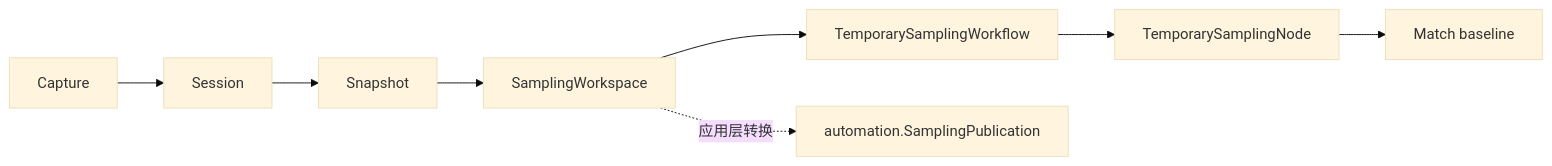
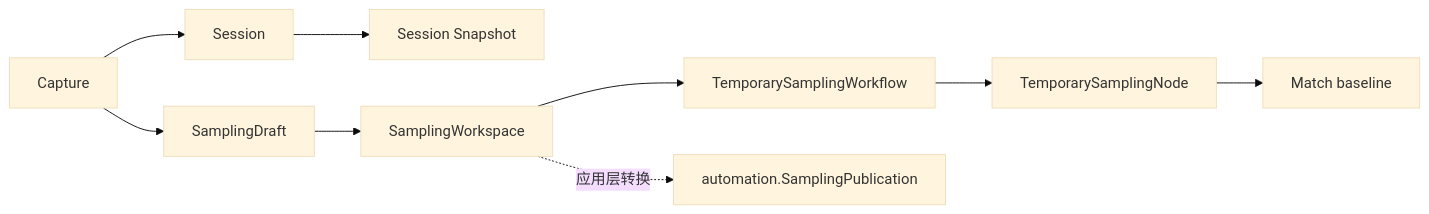
One commit to Capsule7446/healix-core changed the first of 2 diagrams in docs/domains/sampling.md. Above: the diagram before and after it, drawn with Mermaid (base theme). The commit also changed other lines of this file and 180 other files, not shown here.

````diff
--- a/docs/domains/sampling.md
+++ b/docs/domains/sampling.md
@@ -6,10 +6,11 @@
 ```mermaid
 flowchart LR
   Capture[Capture] --> Session
-  Session --> Snapshot
-  Snapshot --> Workspace[SamplingWorkspace]
+  Session --> SessionSnapshot[Session Snapshot]
+  Capture --> Draft[SamplingDraft]
+  Draft --> Workspace[SamplingWorkspace]
   Workspace --> TempWF[TemporarySamplingWorkflow]
   TempWF --> TempNode[TemporarySamplingNode]
   TempNode --> Match[Match baseline]
   Workspace -.应用层转换.-> Publication[automation.SamplingPublication]
 ```
````
